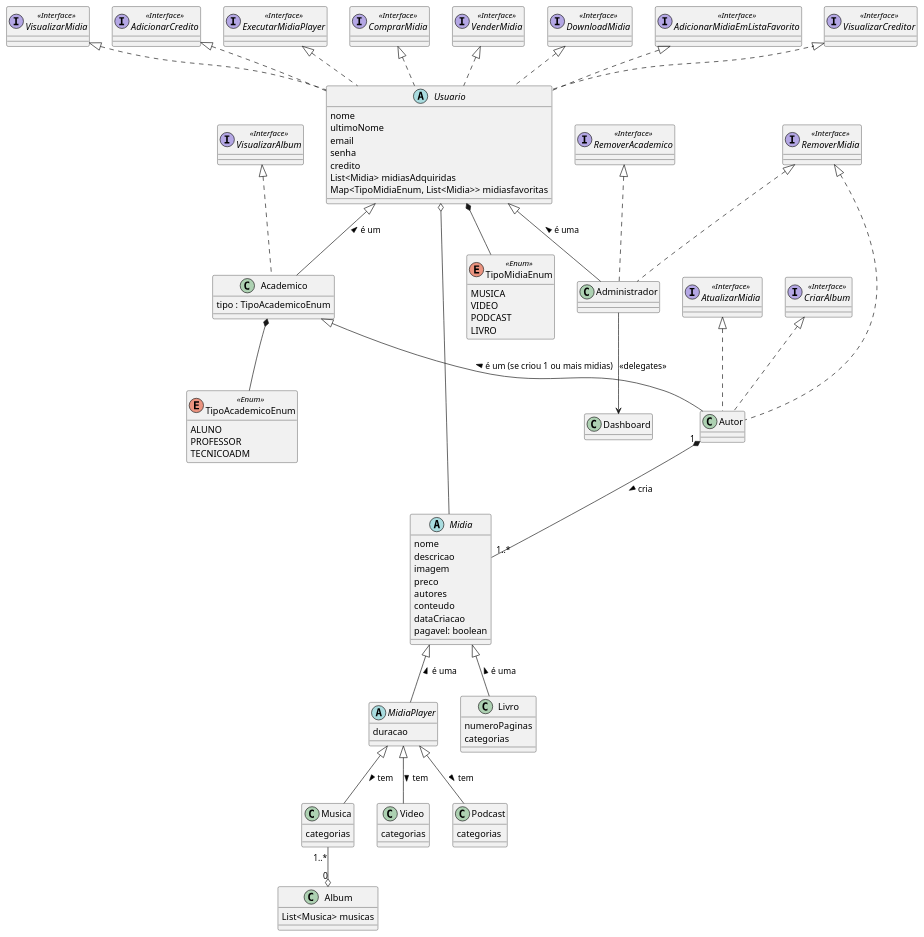
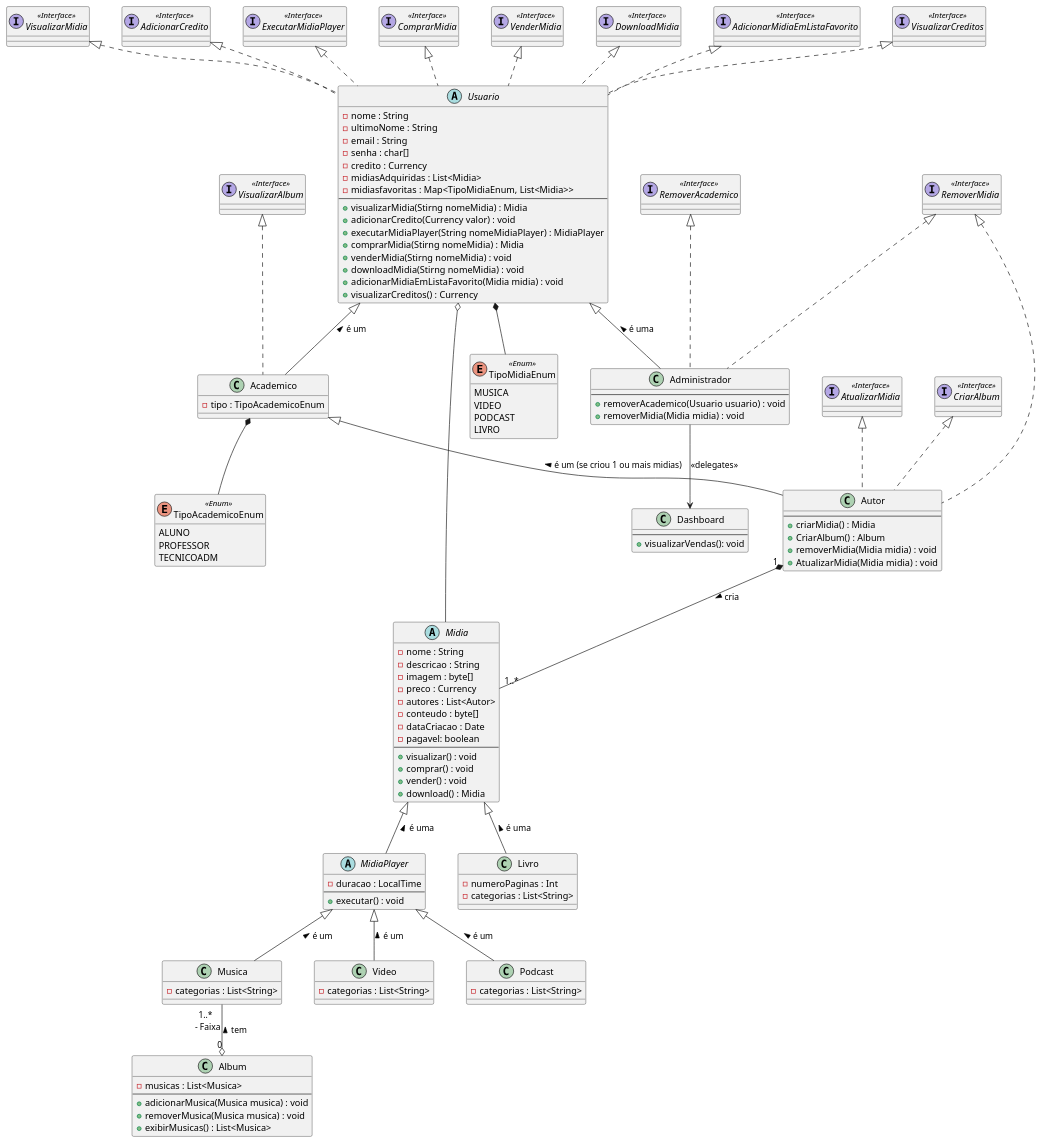
One commit to arielazzi/desenvolvimento-de-software-II changed the diagram in class-diagram/class-diagram.iuml. Above: the diagram before and after it, drawn with PlantUML. The commit also changed 1 other file, not shown here.

Commit message:
adjust class diagram

```diff
--- a/class-diagram/class-diagram.iuml
+++ b/class-diagram/class-diagram.iuml
@@ -1,129 +1,163 @@
 @startuml class
+skinparam nodesep 50
 
 enum TipoAcademicoEnum <<Enum>> {
   ALUNO
   PROFESSOR
   TECNICOADM
 }
 
 enum TipoMidiaEnum <<Enum>> {
   MUSICA
   VIDEO
   PODCAST
   LIVRO
 }
 
 abstract class Usuario {
-  nome
-  ultimoNome
-  email
-  senha
-  credito
-  List<Midia> midiasAdquiridas
-  Map<TipoMidiaEnum, List<Midia>> midiasfavoritas
+  -nome : String
+  -ultimoNome : String
+  -email : String
+  -senha : char[]
+  -credito : Currency
+  -midiasAdquiridas : List<Midia> 
+  -midiasfavoritas : Map<TipoMidiaEnum, List<Midia>>
+  ---
+  +visualizarMidia(Stirng nomeMidia) : Midia 
+  +adicionarCredito(Currency valor) : void 
+  +executarMidiaPlayer(String nomeMidiaPlayer) : MidiaPlayer 
+  +comprarMidia(Stirng nomeMidia) : Midia 
+  +venderMidia(Stirng nomeMidia) : void 
+  +downloadMidia(Stirng nomeMidia) : void 
+  +adicionarMidiaEmListaFavorito(Midia midia) : void 
+  +visualizarCreditos() : Currency
 }
 
 class Academico {
-  tipo : TipoAcademicoEnum
+  -tipo : TipoAcademicoEnum
 }
 
-class Administrador {}
+class Autor {
+  ---
+  +criarMidia() : Midia
+  +CriarAlbum() : Album
+  +removerMidia(Midia midia) : void
+  +AtualizarMidia(Midia midia) : void
+}
+
+class Administrador {
+  ---
+  +removerAcademico(Usuario usuario) : void
+  +removerMidia(Midia midia) : void
+}
 
 class Album {
-  List<Musica> musicas
+  -musicas : List<Musica>
+  ---
+  +adicionarMusica(Musica musica) : void
+  +removerMusica(Musica musica) : void
+  +exibirMusicas() : List<Musica> 
 }
 
 abstract class Midia {
-  nome
-  descricao
-  imagem
-  preco
-  autores
-  conteudo
-  dataCriacao
-  pagavel: boolean
+  -nome : String
+  -descricao : String
+  -imagem : byte[]
+  -preco : Currency
+  -autores : List<Autor>
+  -conteudo : byte[]
+  -dataCriacao : Date
+  -pagavel: boolean
+  ---
+  +visualizar() : void
+  +comprar() : void 
+  +vender() : void
+  +download() : Midia
 }
 
 abstract class MidiaPlayer {
-  duracao
+  -duracao : LocalTime
+  ---
+  +executar() : void
 }
 
 class Dashboard {
+  ---
+  +visualizarVendas(): void
 }
 
 class Livro {
-  numeroPaginas
-  categorias
+  -numeroPaginas : Int
+  -categorias : List<String>
 }
 
 class Musica {
-  categorias
+  -categorias : List<String> 
 }
 
 class Video {
-  categorias
+  -categorias : List<String> 
 }
 
 class Podcast {
-  categorias
+  -categorias : List<String> 
 }
 
 Autor "1" *-- "1..*" Midia : cria > 
 
 Usuario o-- Midia
 
 Academico *-- TipoAcademicoEnum
 Usuario *-- TipoMidiaEnum
 
 Usuario <|-- Academico : < é um
 Academico <|-- Autor : < é um (se criou 1 ou mais midias)
 Usuario <|-- Administrador: < é uma
 
 Midia <|-- Livro  : < é uma
 Midia <|-- MidiaPlayer : < é uma
-MidiaPlayer <|-- Musica : tem >
-MidiaPlayer <|-- Video : tem >
-MidiaPlayer <|-- Podcast : tem >
+MidiaPlayer <|-- Video : < é um
+MidiaPlayer <|-- Podcast : < é um
 
-Musica "1..*" --o "0" Album
+MidiaPlayer <|-- Musica : < é um
+Musica "1..* \n - Faixa" --o "0" Album : < tem
 
 interface VisualizarMidia <<Interface>> 
 interface RemoverMidia <<Interface>> 
 interface RemoverAcademico <<Interface>> 
 interface AtualizarMidia <<Interface>> 
 interface AdicionarCredito <<Interface>> 
 interface CriarAlbum <<Interface>> 
 interface VisualizarAlbum <<Interface>> 
 
 VisualizarAlbum <|.. Academico
 CriarAlbum <|.. Autor
 AdicionarCredito <|.. Usuario
 VisualizarMidia <|.. Usuario
 RemoverMidia <|.. Autor
 RemoverMidia <|.. Administrador
 RemoverAcademico <|.. Administrador
 AtualizarMidia <|.. Autor
+Administrador --> Dashboard : <<delegates>>
 
 interface ExecutarMidiaPlayer <<Interface>> 
 interface ComprarMidia <<Interface>> 
 interface VenderMidia <<Interface>> 
 interface DownloadMidia <<Interface>> 
 interface AdicionarMidiaEmListaFavorito <<Interface>> 
-interface VisualizarCreditor <<Interface>> 
-interface VisualizarCreditor <<Interface>> 
+interface VisualizarCreditos <<Interface>> 
 
-VisualizarCreditor <|.. Usuario
+VisualizarCreditos <|.. Usuario
 AdicionarMidiaEmListaFavorito <|.. Usuario
 ExecutarMidiaPlayer <|.. Usuario
 ComprarMidia <|.. Usuario
 VenderMidia <|.. Usuario
 DownloadMidia <|.. Usuario
 
-Administrador --> Dashboard : <<delegates>>
 
 hide Dashboard attributes
 hide TipoAcademicoEnum methods
 hide TipoMidiaEnum methods
 
 
 @enduml
```
